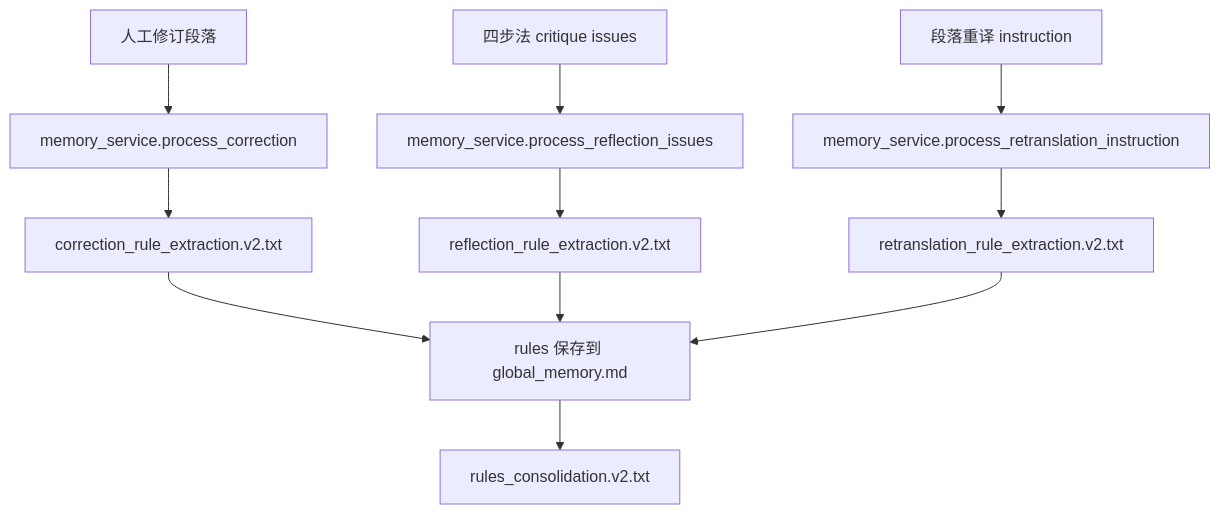
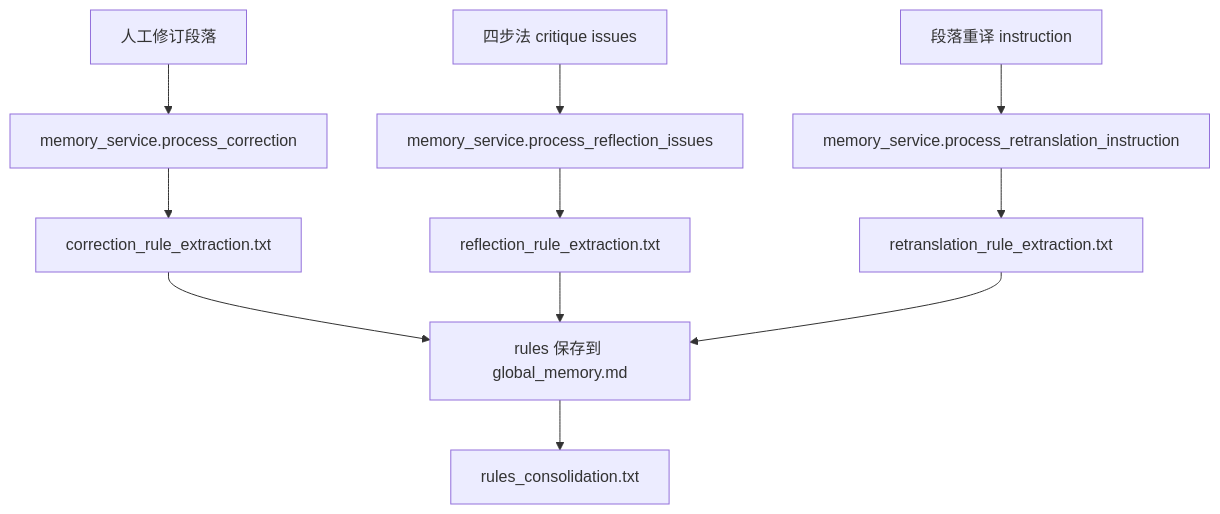
The tenth of 11 diagrams in docs/长文翻译链路.md (zzxxww01/translation-web), drawn with Mermaid before and after one commit. The commit also changed other lines of this file and 174 other files, not shown here.

````diff
--- a/docs/长文翻译链路.md
+++ b/docs/长文翻译链路.md
@@ -541,16 +536,16 @@
 ```mermaid
 flowchart TD
     A[人工修订段落] --> B[memory_service.process_correction]
-    B --> B1[correction_rule_extraction.v2.txt]
+    B --> B1[correction_rule_extraction.txt]
 
     C[四步法 critique issues] --> D[memory_service.process_reflection_issues]
-    D --> D1[reflection_rule_extraction.v2.txt]
+    D --> D1[reflection_rule_extraction.txt]
 
     E[段落重译 instruction] --> F[memory_service.process_retranslation_instruction]
-    F --> F1[retranslation_rule_extraction.v2.txt]
+    F --> F1[retranslation_rule_extraction.txt]
 
     B1 --> G[rules 保存到 global_memory.md]
     D1 --> G
     F1 --> G
-    G --> H[rules_consolidation.v2.txt]
+    G --> H[rules_consolidation.txt]
 ```
````
